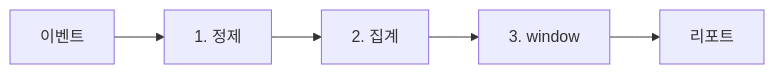
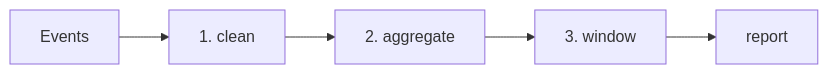
Before and after one commit to yeongseon-books/book-content: the diagram in content/sql-101/ko/10-practical-analysis-sql.md, drawn with Mermaid. The commit also changed other lines of this file and 9 other files, not shown here.

````diff
--- a/content/sql-101/ko/10-practical-analysis-sql.md
+++ b/content/sql-101/ko/10-practical-analysis-sql.md
@@ -35,7 +47,7 @@
 ```mermaid
 flowchart LR
-    Events["이벤트"] --> CTE1["1. 정제"]
-    CTE1 --> CTE2["2. 집계"]
+    Events["Events"] --> CTE1["1. clean"]
+    CTE1 --> CTE2["2. aggregate"]
     CTE2 --> CTE3["3. window"]
-    CTE3 --> Report["리포트"]
+    CTE3 --> Report["report"]
 ```
````
